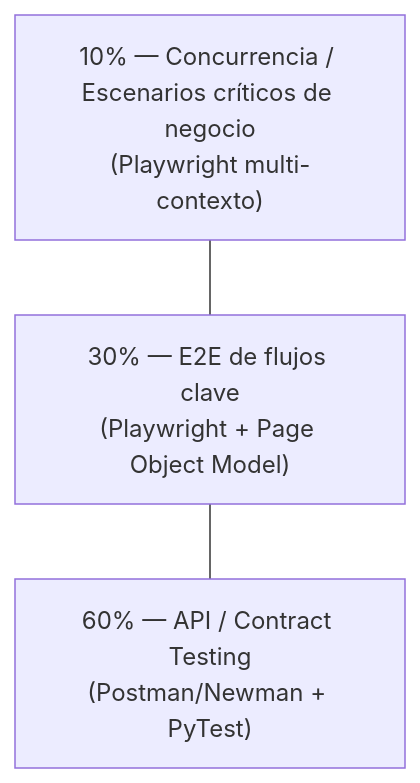
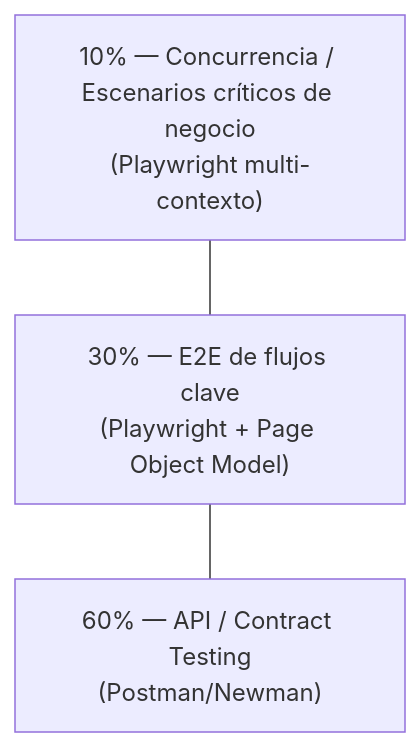
One commit to Roddorr2/qa-fortress changed the third of 4 diagrams in docs/architecture.md. Above: the diagram before and after it, drawn with Mermaid. The commit also changed other lines of this file and 2 other files, not shown here.

Commit message:
docs: remove PyTest from StockPulse architecture and document ADR-03 decision

````diff
--- a/docs/architecture.md
+++ b/docs/architecture.md
@@ -39,7 +39,7 @@
 ```mermaid
 graph TD
     A["10% — Concurrencia / Escenarios críticos de negocio<br/>(Playwright multi-contexto)"]
     B["30% — E2E de flujos clave<br/>(Playwright + Page Object Model)"]
-    C["60% — API / Contract Testing<br/>(Postman/Newman + PyTest)"]
+    C["60% — API / Contract Testing<br/>(Postman/Newman)"]
     A --- B --- C
 ```
````
